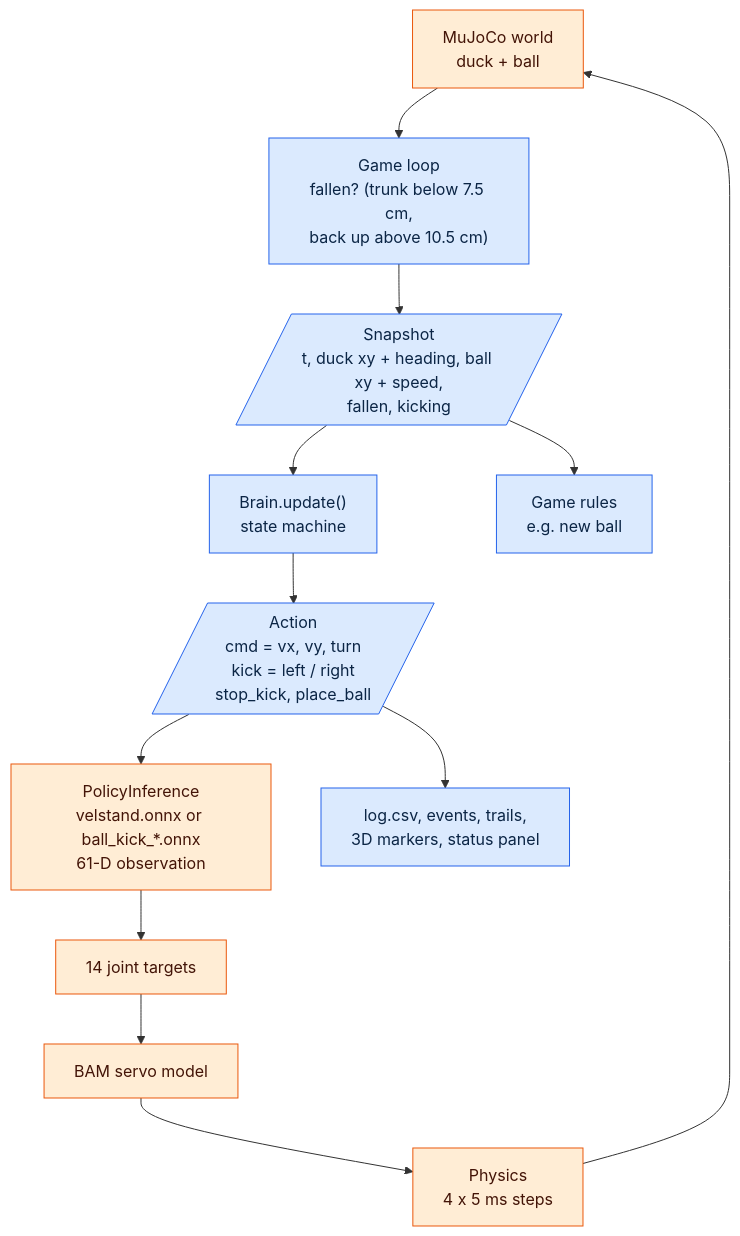
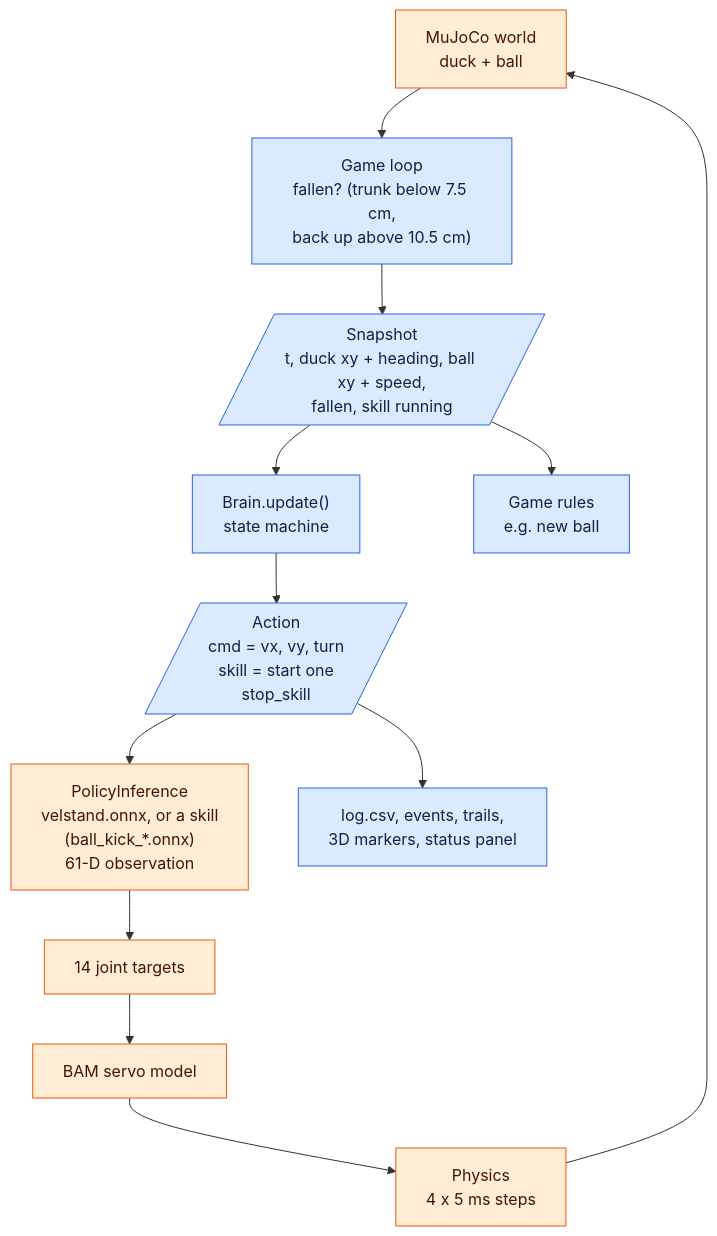
Before and after one commit to ribbet800/microduck: the first of 4 diagrams in docs/how_it_works.md, drawn with Mermaid. The commit also changed other lines of this file and 25 other files, not shown here.

````diff
--- a/docs/how_it_works.md
+++ b/docs/how_it_works.md
@@ -15,23 +15,23 @@
 ```mermaid
 flowchart TD
     W["MuJoCo world<br/>duck + ball"]
     G["Game loop<br/>fallen? (trunk below 7.5 cm,<br/>back up above 10.5 cm)"]
-    S[/"Snapshot<br/>t, duck xy + heading, ball xy + speed,<br/>fallen, kicking"/]
+    S[/"Snapshot<br/>t, duck xy + heading, ball xy + speed,<br/>fallen, skill running"/]
     B["Brain.update()<br/>state machine"]
-    A[/"Action<br/>cmd = vx, vy, turn<br/>kick = left / right<br/>stop_kick, place_ball"/]
+    A[/"Action<br/>cmd = vx, vy, turn<br/>skill = start one<br/>stop_skill"/]
     R["Game rules<br/>e.g. new ball"]
-    P["PolicyInference<br/>velstand.onnx or ball_kick_*.onnx<br/>61-D observation"]
+    P["PolicyInference<br/>velstand.onnx, or a skill<br/>(ball_kick_*.onnx)<br/>61-D observation"]
     J["14 joint targets"]
     BAM["BAM servo model"]
     PH["Physics<br/>4 x 5 ms steps"]
     O["log.csv, events, trails,<br/>3D markers, status panel"]
 
     W --> G --> S --> B --> A --> P --> J --> BAM --> PH --> W
     S --> R
     A --> O
 
     classDef ours fill:#dbeafe,stroke:#2563eb,color:#0b2545
     classDef pollen fill:#ffedd5,stroke:#ea580c,color:#431407
     class G,S,B,A,R,O ours
     class W,P,J,BAM,PH pollen
 ```
````
